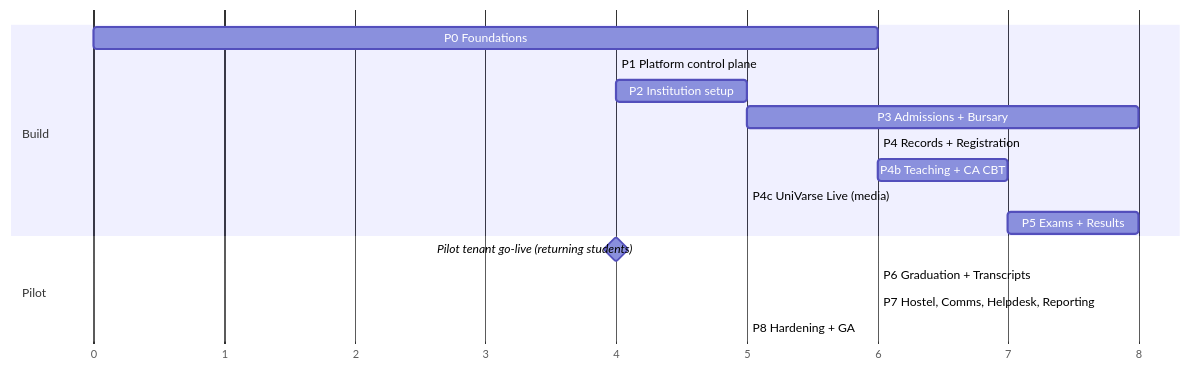
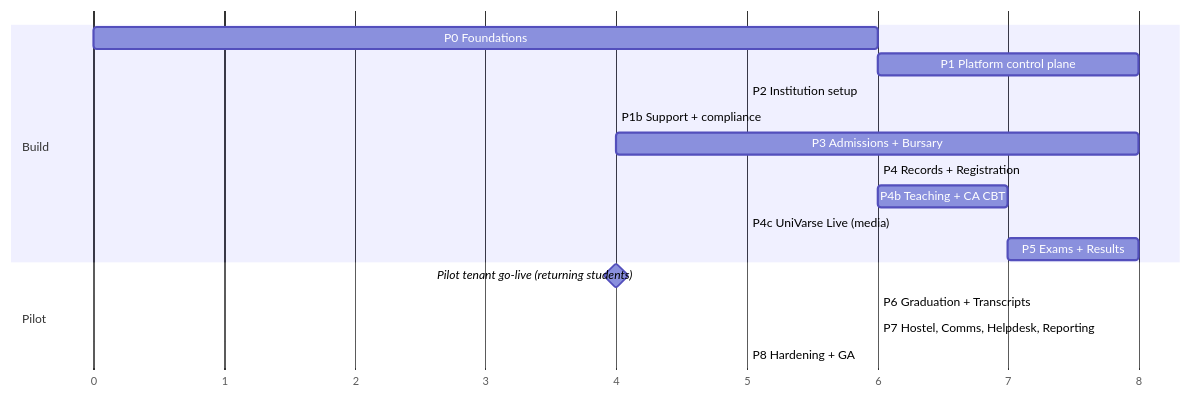
The diagram in docs/18-roadmap.md (w1t3ack3r/univarse), drawn with Mermaid before and after one commit. The commit also changed other lines of this file, not shown here.

Commit message:
docs(roadmap): Phase 1's slices and exit criteria, and Phase 1b (spec 0025) (#132)

````diff
--- a/docs/18-roadmap.md
+++ b/docs/18-roadmap.md
@@ -7,19 +7,20 @@
 ```mermaid
 gantt
   dateFormat  X
   axisFormat  %s
   section Build
   P0 Foundations            :p0, 0, 6
-  P1 Platform control plane :p1, after p0, 4
+  P1 Platform control plane :p1, after p0, 8
   P2 Institution setup      :p2, after p1, 5
-  P3 Admissions + Bursary   :p3, after p2, 8
+  P1b Support + compliance  :p1b, after p2, 4
+  P3 Admissions + Bursary   :p3, after p1b, 8
   P4 Records + Registration :p4, after p3, 6
   P4b Teaching + CA CBT     :p4b, after p4, 7
   P4c UniVarse Live (media) :p4c, after p4b, 5
   P5 Exams + Results        :p5, after p4b, 8
   section Pilot
   Pilot tenant go-live (returning students) :milestone, after p5, 0
   P6 Graduation + Transcripts :p6, after p5, 6
   P7 Hostel, Comms, Helpdesk, Reporting :p7, after p6, 6
   P8 Hardening + GA         :p8, after p7, 5
 ```
````
